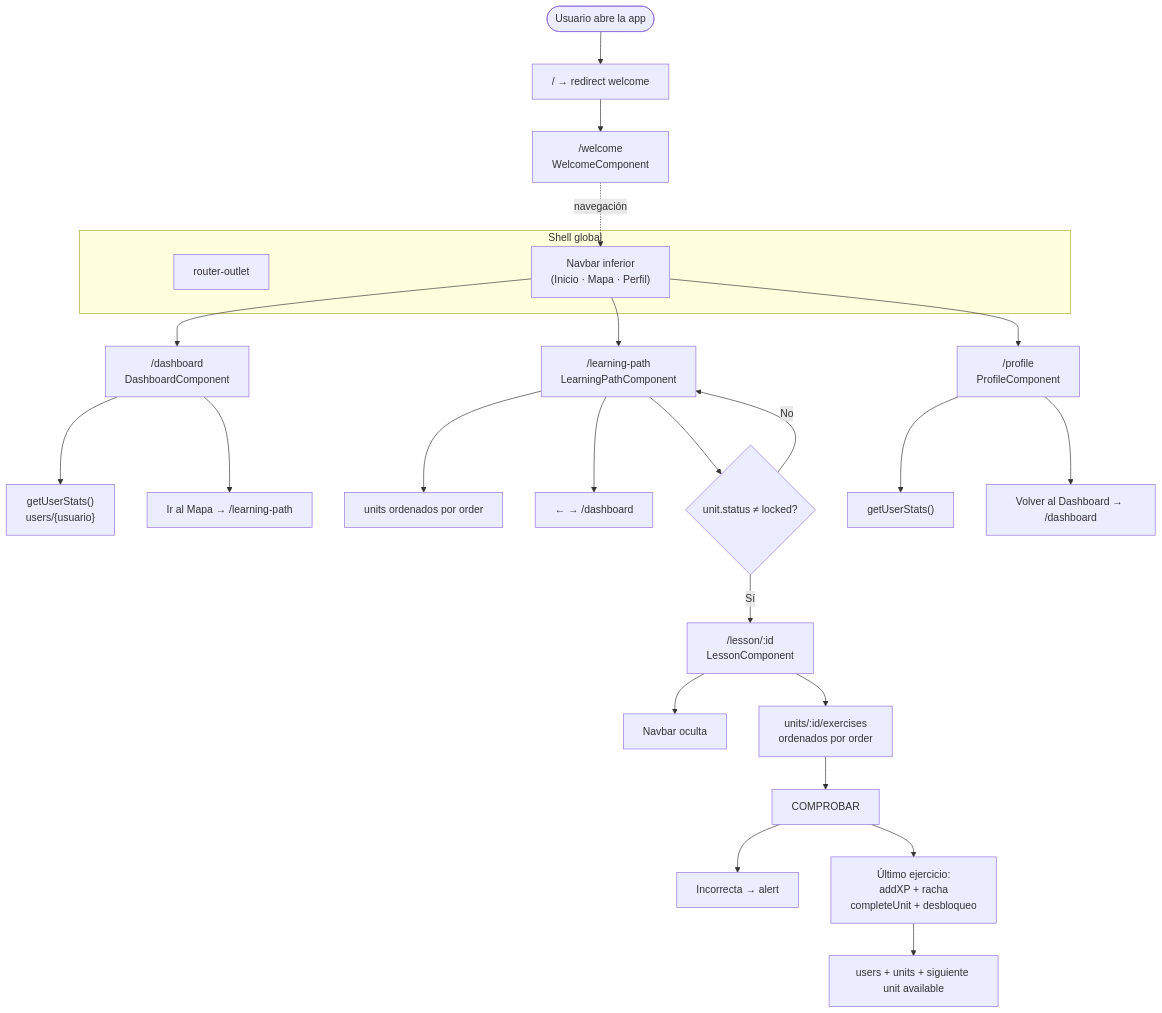
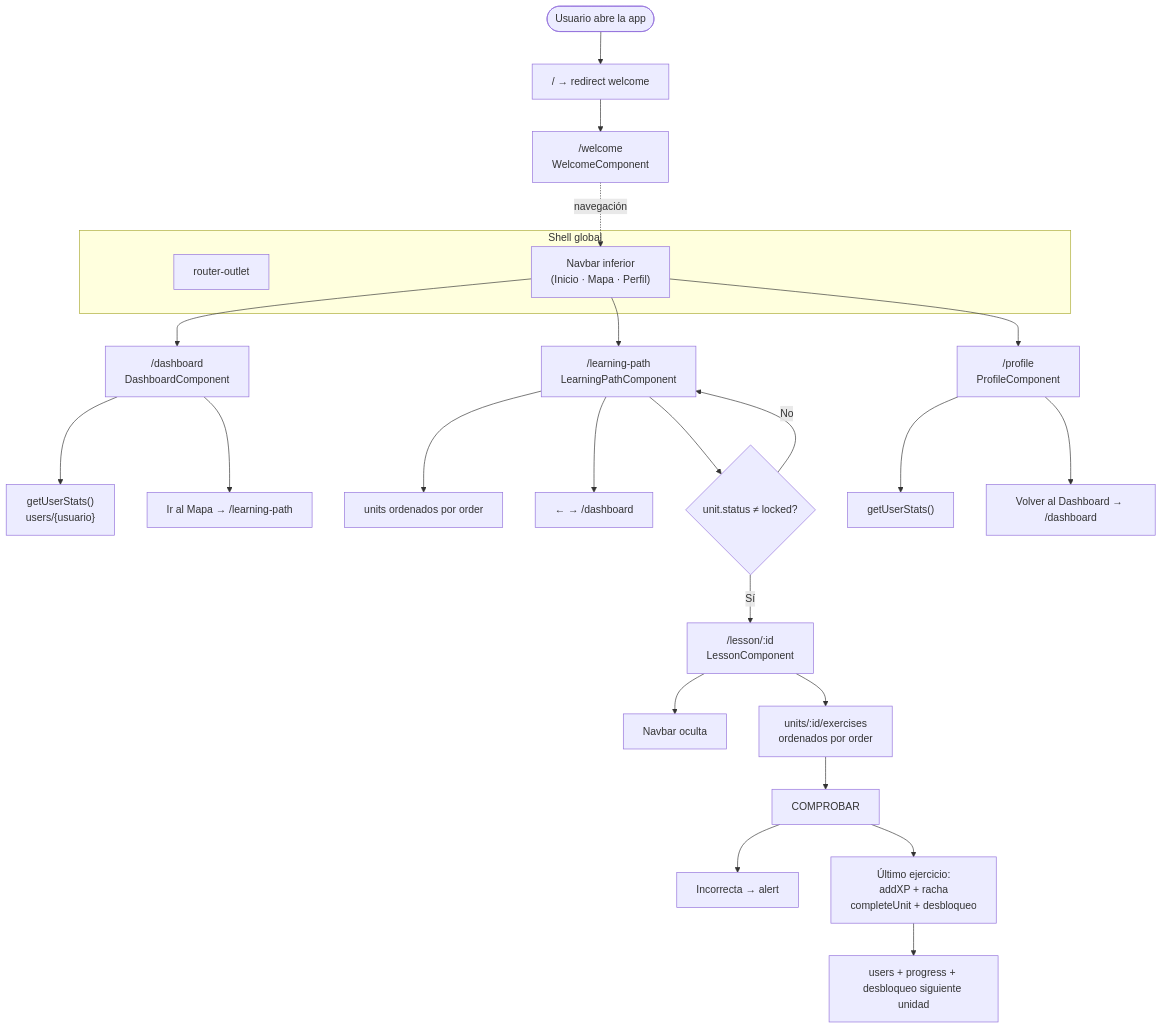
The first of 2 diagrams in docs/flujo-app.md (WilmerJT/Fondo), drawn with Mermaid before and after one commit. The commit also changed other lines of this file and 20 other files, not shown here.

````diff
--- a/docs/flujo-app.md
+++ b/docs/flujo-app.md
@@ -23,35 +131,35 @@
 ```mermaid
 flowchart TB
   subgraph shell["Shell global"]
     Outlet["router-outlet"]
     Nav["Navbar inferior\n(Inicio · Mapa · Perfil)"]
   end
 
   Start([Usuario abre la app]) --> Redirect["/ → redirect welcome"]
   Redirect --> Welcome["/welcome\nWelcomeComponent"]
 
   Nav --> D["/dashboard\nDashboardComponent"]
   Nav --> LP["/learning-path\nLearningPathComponent"]
   Nav --> P["/profile\nProfileComponent"]
 
   D --> FirebaseStats["getUserStats()\nusers/{usuario}"]
   D --> BtnMapa["Ir al Mapa → /learning-path"]
 
   LP --> FirebaseUnits["units ordenados por order"]
   LP --> BackDash["← → /dashboard"]
   LP --> StartLesson{"unit.status ≠ locked?"}
   StartLesson -->|Sí| L["/lesson/:id\nLessonComponent"]
   StartLesson -->|No| LP
 
   L --> HideNav["Navbar oculta"]
   L --> ExDyn["units/:id/exercises\nordenados por order"]
   ExDyn --> Check["COMPROBAR"]
   Check --> Wrong["Incorrecta → alert"]
   Check --> OK["Último ejercicio:\naddXP + racha\ncompleteUnit + desbloqueo"]
-  OK --> FirebaseWrite["users + units + siguiente unit available"]
+  OK --> FirebaseWrite["users + progress + desbloqueo siguiente unidad"]
 
   P --> UserData["getUserStats()"]
   P --> FooterDash["Volver al Dashboard → /dashboard"]
 
   Welcome -.->|"navegación"| Nav
 ```
````
